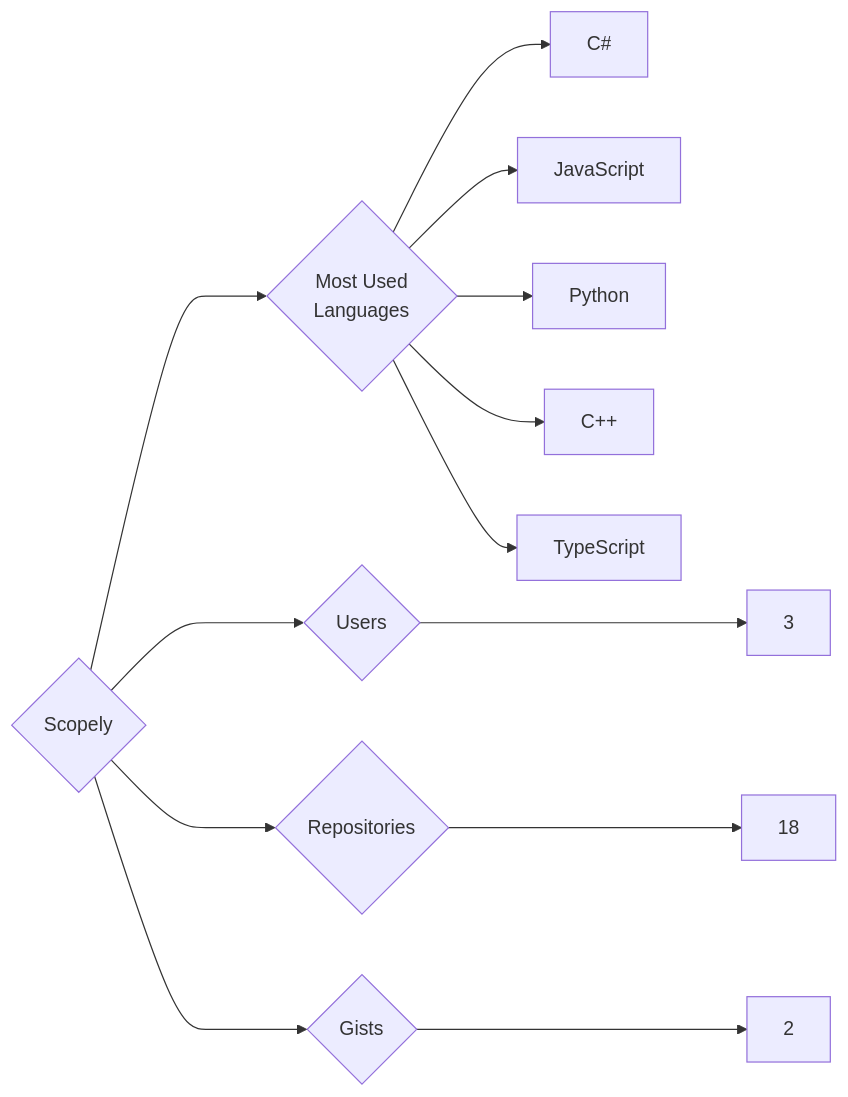
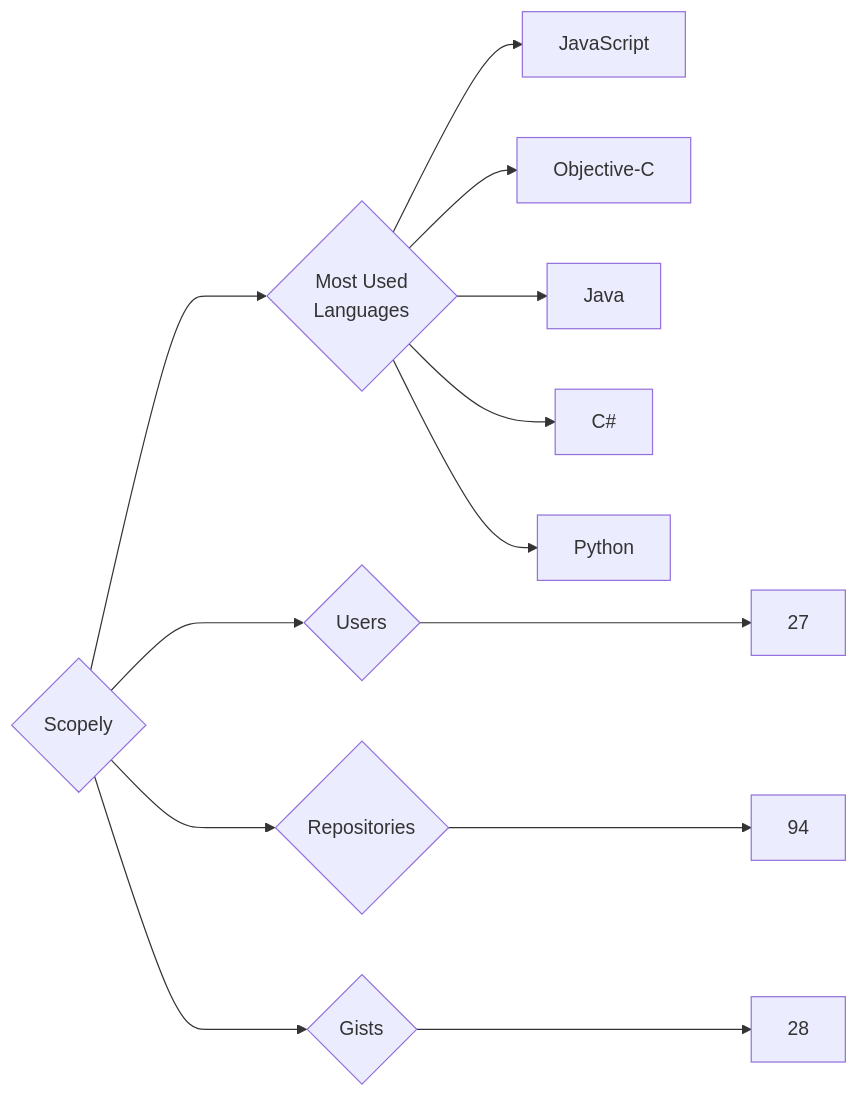
Before and after one commit to trickest/insiders: the diagram in targets/Scopely/README.md, drawn with Mermaid. The commit also changed 964 other files, not shown here.

````diff
--- a/targets/Scopely/README.md
+++ b/targets/Scopely/README.md
@@ -3,13 +3,13 @@
 ```mermaid
 graph LR
 COMPANY_NAME{Scopely}
-COMPANY_NAME ---> U{Users} ---> UN[3]
-COMPANY_NAME ---> R{Repositories} ---> RN[18]
-COMPANY_NAME ---> G{Gists} ---> GN[2]
+COMPANY_NAME ---> U{Users} ---> UN[27]
+COMPANY_NAME ---> R{Repositories} ---> RN[94]
+COMPANY_NAME ---> G{Gists} ---> GN[28]
 COMPANY_NAME ---> ML{Most Used<br>Languages}
+ML --> JavaScript[JavaScript]
+ML --> Objective-C[Objective-C]
+ML --> Java[Java]
 ML --> C#[C#]
-ML --> JavaScript[JavaScript]
 ML --> Python[Python]
-ML --> C++[C++]
-ML --> TypeScript[TypeScript]
 ```
````
